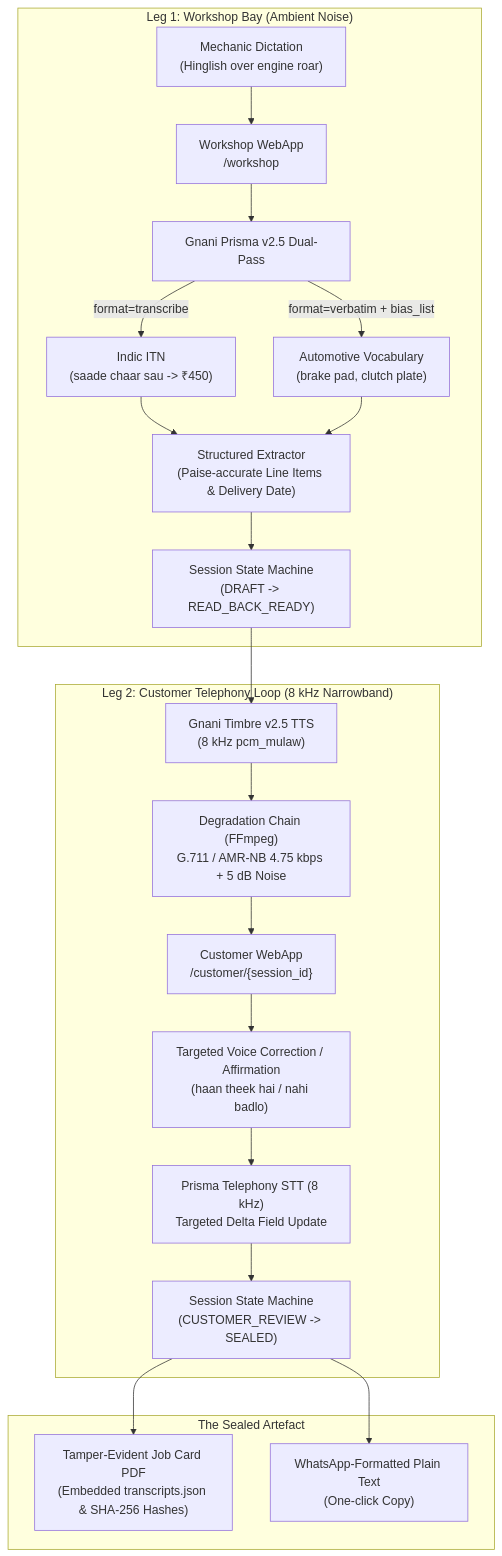
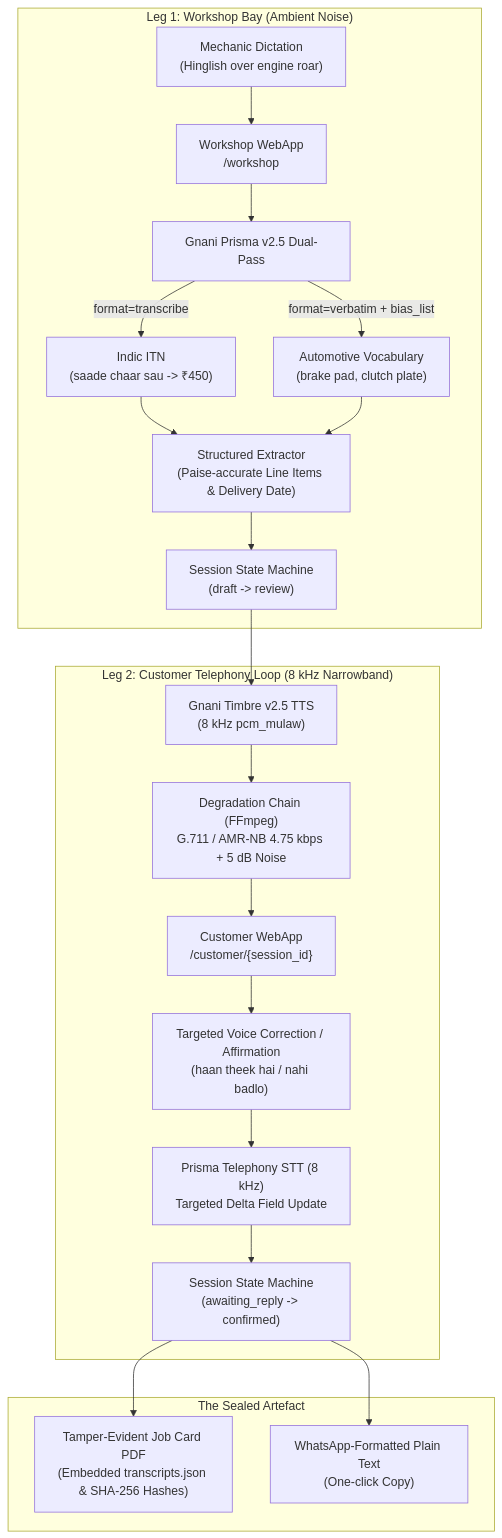
The diagram in README.md (HarshdipSaha/kaam-ka-parcha), drawn with Mermaid before and after one commit. The commit also changed other lines of this file and 32 other files, not shown here.

````diff
--- a/README.md
+++ b/README.md
@@ -31,25 +32,25 @@
 ```mermaid
 flowchart TD
     subgraph Leg1["Leg 1: Workshop Bay (Ambient Noise)"]
         A["Mechanic Dictation<br/>(Hinglish over engine roar)"] --> B["Workshop WebApp<br/>/workshop"]
         B --> C["Gnani Prisma v2.5 Dual-Pass"]
         C -->|format=transcribe| D["Indic ITN<br/>(saade chaar sau -> ₹450)"]
         C -->|format=verbatim + bias_list| E["Automotive Vocabulary<br/>(brake pad, clutch plate)"]
         D & E --> F["Structured Extractor<br/>(Paise-accurate Line Items & Delivery Date)"]
-        F --> G["Session State Machine<br/>(DRAFT -> READ_BACK_READY)"]
+        F --> G["Session State Machine<br/>(draft -> review)"]
     end
 
     subgraph Leg2["Leg 2: Customer Telephony Loop (8 kHz Narrowband)"]
         G --> H["Gnani Timbre v2.5 TTS<br/>(8 kHz pcm_mulaw)"]
         H --> I["Degradation Chain (FFmpeg)<br/>G.711 / AMR-NB 4.75 kbps + 5 dB Noise"]
         I --> J["Customer WebApp<br/>/customer/{session_id}"]
         J --> K["Targeted Voice Correction / Affirmation<br/>(haan theek hai / nahi badlo)"]
         K --> L["Prisma Telephony STT (8 kHz)<br/>Targeted Delta Field Update"]
-        L --> M["Session State Machine<br/>(CUSTOMER_REVIEW -> SEALED)"]
+        L --> M["Session State Machine<br/>(awaiting_reply -> confirmed)"]
     end
 
     subgraph Artefact["The Sealed Artefact"]
         M --> N["Tamper-Evident Job Card PDF<br/>(Embedded transcripts.json & SHA-256 Hashes)"]
         M --> O["WhatsApp-Formatted Plain Text<br/>(One-click Copy)"]
     end
 ```
````
